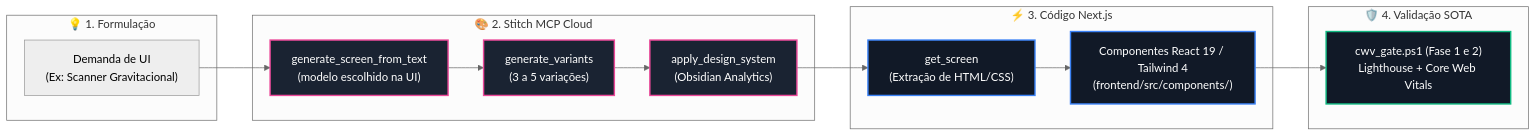
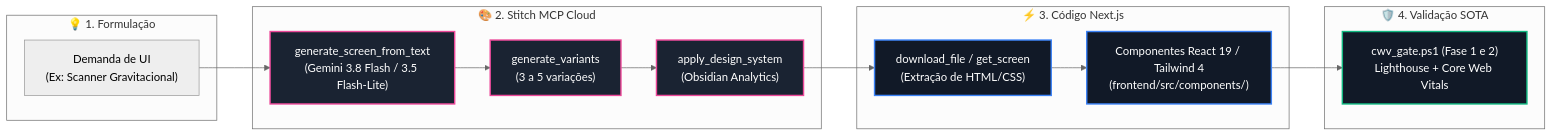
The diagram in .agents/skills/google-stitch-design/SKILL.md (RaphaelVitoi/Site), drawn with Mermaid (neutral theme) before and after one commit. The commit also changed other lines of this file and 12 other files, not shown here.

````diff
--- a/.agents/skills/google-stitch-design/SKILL.md
+++ b/.agents/skills/google-stitch-design/SKILL.md
@@ -62,34 +63,34 @@
 ```mermaid
 flowchart LR
     subgraph Conceito["💡 1. Formulação"]
         Req["Demanda de UI\n(Ex: Scanner Gravitacional)"]
     end
 
     subgraph StitchCloud["🎨 2. Stitch MCP Cloud"]
-        Gen["generate_screen_from_text\n(modelo escolhido na UI)"]
+        Gen["generate_screen_from_text\n(Gemini 3.8 Flash / 3.5 Flash-Lite)"]
         Var["generate_variants\n(3 a 5 variações)"]
         DS["apply_design_system\n(Obsidian Analytics)"]
         Gen --> Var --> DS
     end
 
     subgraph Componentizacao["⚡ 3. Código Next.js"]
-        HTML["get_screen\n(Extração de HTML/CSS)"]
+        HTML["download_file / get_screen\n(Extração de HTML/CSS)"]
         React["Componentes React 19 / Tailwind 4\n(frontend/src/components/)"]
         HTML --> React
     end
 
     subgraph Homologacao["🛡️ 4. Validação SOTA"]
         Gate["cwv_gate.ps1 (Fase 1 e 2)\nLighthouse + Core Web Vitals"]
     end
 
     Req --> Gen
     DS --> HTML
     React --> Gate
 
     classDef cloud fill:#1a2332,stroke:#ec4899,stroke-width:2px,color:#fff;
     classDef react fill:#111927,stroke:#3b82f6,stroke-width:2px,color:#fff;
     classDef gate fill:#111927,stroke:#10b981,stroke-width:2px,color:#fff;
     class Gen,Var,DS cloud;
     class HTML,React react;
     class Gate gate;
 ```
````
